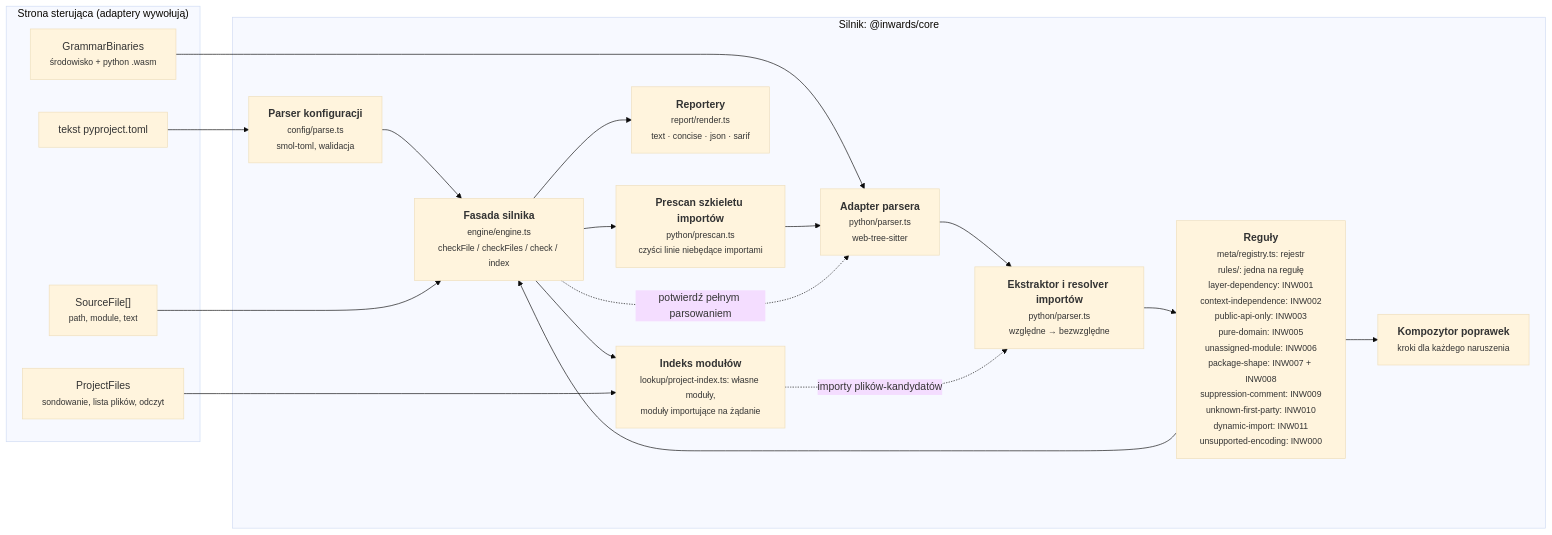
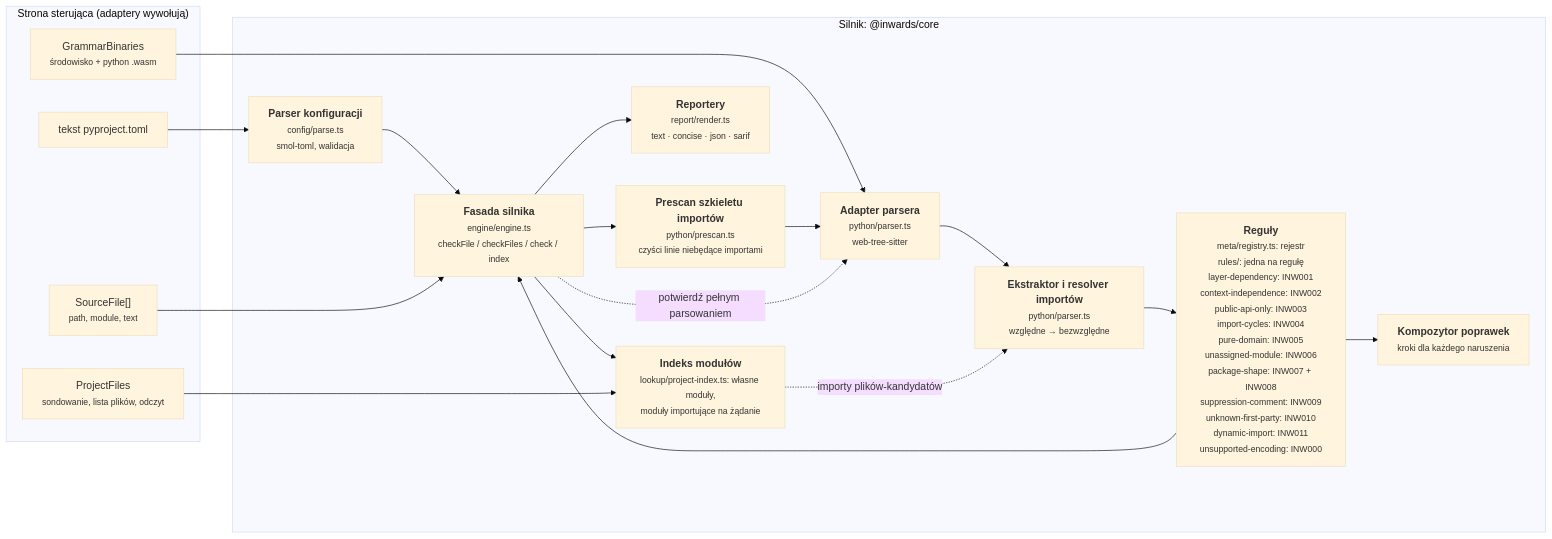
The third of 6 diagrams in docs/pl/03-Architecture-C4.md (SirCypkowskyy/inwards), drawn with Mermaid (base theme) before and after one commit. The commit also changed other lines of this file and 43 other files, not shown here.

First line of the commit message:
feat(rules): INW004 reports import cycles between modules or contexts

````diff
--- a/docs/pl/03-Architecture-C4.md
+++ b/docs/pl/03-Architecture-C4.md
@@ -104,33 +104,33 @@
 ```mermaid
 flowchart LR
     subgraph driving["Strona sterująca (adaptery wywołują)"]
         files["SourceFile[]<br/><small>path, module, text</small>"]
         cfgtext["tekst pyproject.toml"]
         wasm["GrammarBinaries<br/><small>środowisko + python .wasm</small>"]
         pfiles["ProjectFiles<br/><small>sondowanie, lista plików, odczyt</small>"]
     end
 
     subgraph enginebox["Silnik: @inwards/core"]
         config["<b>Parser konfiguracji</b><br/><small>config/parse.ts<br/>smol-toml, walidacja</small>"]
         pre["<b>Prescan szkieletu importów</b><br/><small>python/prescan.ts<br/>czyści linie niebędące importami</small>"]
         parser["<b>Adapter parsera</b><br/><small>python/parser.ts<br/>web-tree-sitter</small>"]
         extract["<b>Ekstraktor i resolver importów</b><br/><small>python/parser.ts<br/>względne → bezwzględne</small>"]
-        rules["<b>Reguły</b><br/><small>meta/registry.ts: rejestr<br/>rules/: jedna na regułę<br/>layer-dependency: INW001<br/>context-independence: INW002<br/>public-api-only: INW003<br/>pure-domain: INW005<br/>unassigned-module: INW006<br/>package-shape: INW007 + INW008<br/>suppression-comment: INW009<br/>unknown-first-party: INW010<br/>dynamic-import: INW011<br/>unsupported-encoding: INW000</small>"]
+        rules["<b>Reguły</b><br/><small>meta/registry.ts: rejestr<br/>rules/: jedna na regułę<br/>layer-dependency: INW001<br/>context-independence: INW002<br/>public-api-only: INW003<br/>import-cycles: INW004<br/>pure-domain: INW005<br/>unassigned-module: INW006<br/>package-shape: INW007 + INW008<br/>suppression-comment: INW009<br/>unknown-first-party: INW010<br/>dynamic-import: INW011<br/>unsupported-encoding: INW000</small>"]
         fix["<b>Kompozytor poprawek</b><br/><small>kroki dla każdego naruszenia</small>"]
         report["<b>Reportery</b><br/><small>report/render.ts<br/>text · concise · json · sarif</small>"]
         engine["<b>Fasada silnika</b><br/><small>engine/engine.ts<br/>checkFile / checkFiles / check / index</small>"]
         modgraph["<b>Indeks modułów</b><br/><small>lookup/project-index.ts: własne moduły,<br/>moduły importujące na żądanie</small>"]
     end
 
     cfgtext --> config --> engine
     wasm --> parser
     files --> engine
     engine --> pre --> parser --> extract --> rules
     rules --> fix
     rules --> engine
     engine -. "potwierdź pełnym parsowaniem" .-> parser
     engine --> modgraph
     pfiles --> modgraph
     modgraph -. "importy plików-kandydatów" .-> extract
     engine --> report
 ```
````
